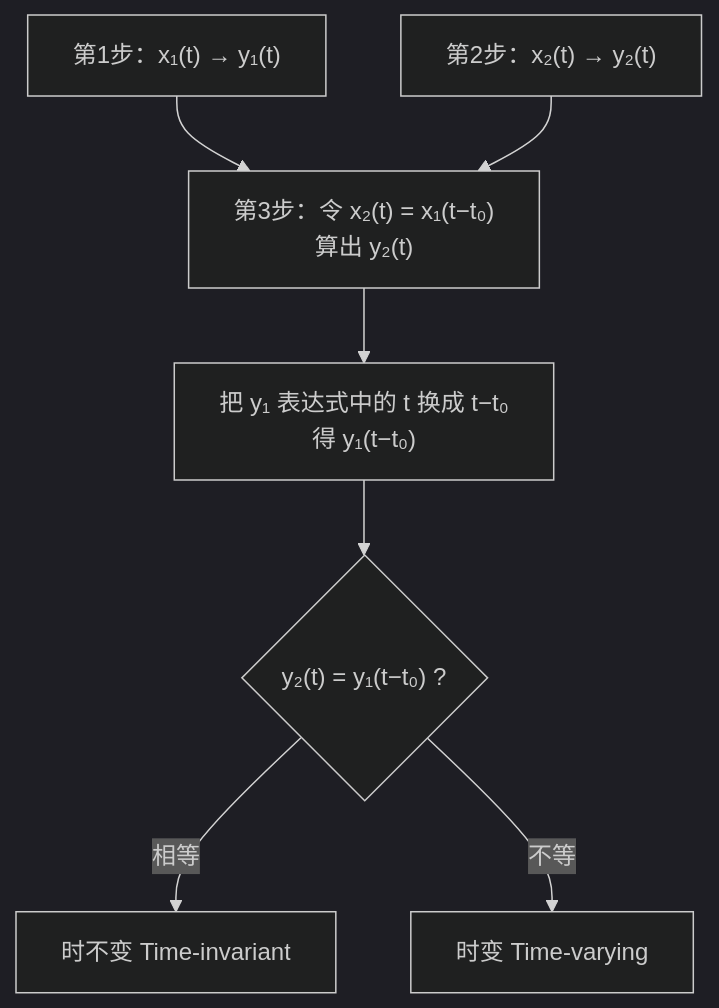
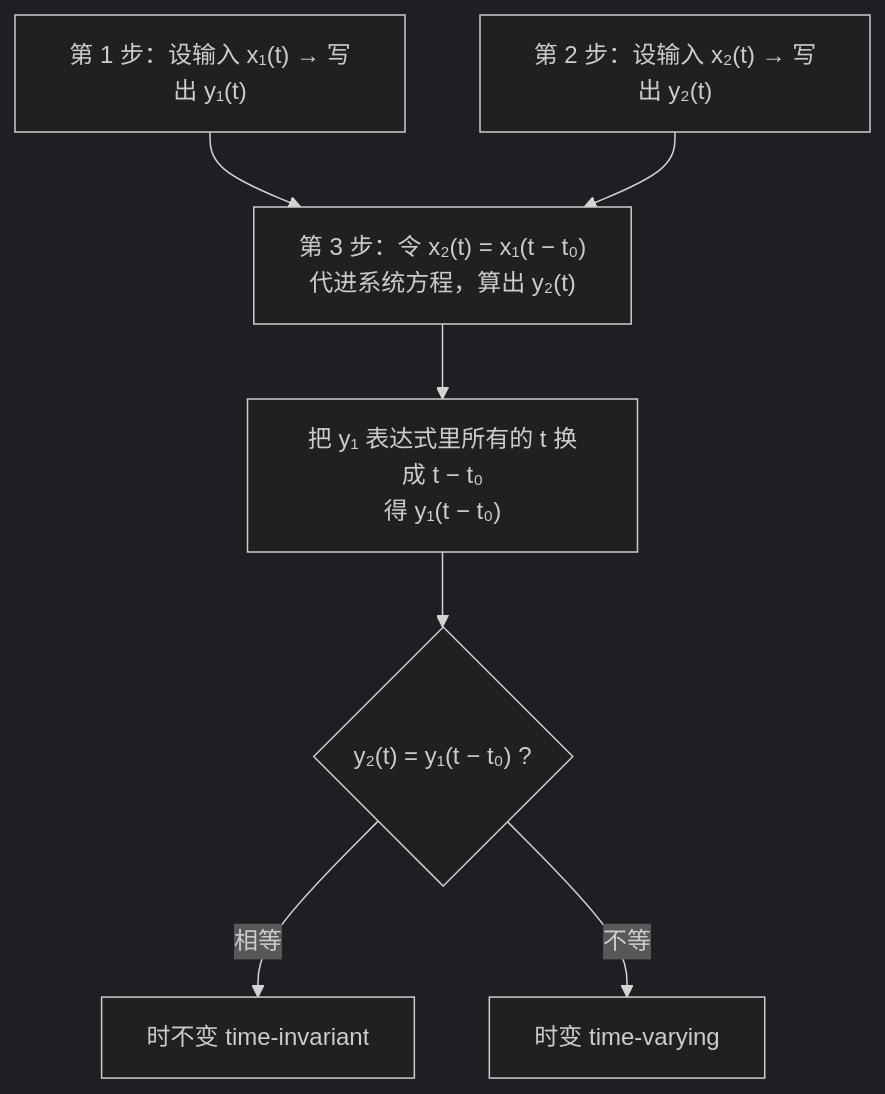
One commit to KayeAdams515/ClaudeNotes changed the seventh of 10 diagrams in 信号与系统/C1.6 系统的基本性质.md. Above: the diagram before and after it, drawn with Mermaid (dark theme). The commit also changed other lines of this file and 23 other files, not shown here.

````diff
--- a/信号与系统/C1.6 系统的基本性质.md
+++ b/信号与系统/C1.6 系统的基本性质.md
@@ -344,9 +415,9 @@
 ```mermaid
 flowchart TD
-    A["第1步：x₁(t) → y₁(t)"] --> C
-    B["第2步：x₂(t) → y₂(t)"] --> C
-    C["第3步：令 x₂(t) = x₁(t−t₀)<br/>算出 y₂(t)"] --> D["把 y₁ 表达式中的 t 换成 t−t₀<br/>得 y₁(t−t₀)"]
-    D --> E{"y₂(t) = y₁(t−t₀) ?"}
-    E -- "相等" --> F["时不变 Time-invariant"]
-    E -- "不等" --> G["时变 Time-varying"]
+    A["第 1 步：设输入 x₁(t) → 写出 y₁(t)"] --> C
+    B["第 2 步：设输入 x₂(t) → 写出 y₂(t)"] --> C
+    C["第 3 步：令 x₂(t) = x₁(t − t₀)<br/>代进系统方程，算出 y₂(t)"] --> D["把 y₁ 表达式里所有的 t 换成 t − t₀<br/>得 y₁(t − t₀)"]
+    D --> E{"y₂(t) = y₁(t − t₀) ?"}
+    E -- "相等" --> F["时不变 time-invariant"]
+    E -- "不等" --> G["时变 time-varying"]
 ```
````
